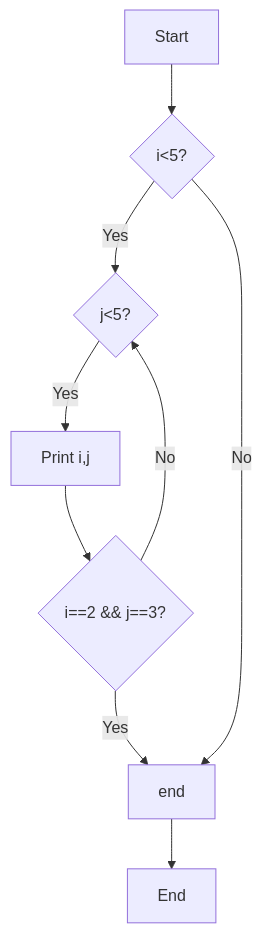
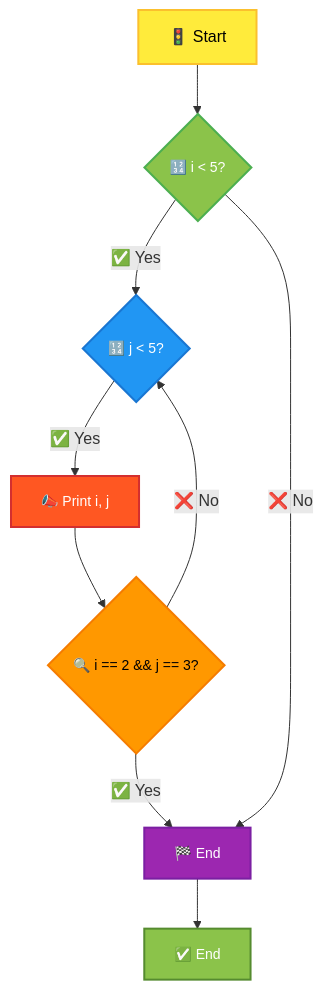
Diagram 17 of 18 in _posts/2024-11-28-c-control-statements-decision-making.md (infoyouth/infoyouth.github.io), drawn with Mermaid before and after one commit. The commit also changed other lines of this file, not shown here.

````diff
--- a/_posts/2024-11-28-c-control-statements-decision-making.md
+++ b/_posts/2024-11-28-c-control-statements-decision-making.md
@@ -1724,11 +1972,20 @@
 ```mermaid
 graph TD
-A[Start] --> B{i<5?};
-B -- Yes --> C{j<5?};
-C -- Yes --> D[Print i,j];
-D --> E{i==2 && j==3?};
-E -- Yes --> F[goto end];
-E -- No --> C;
-B -- No --> F;
-F[end] --> G[End];
+    A[🚦 Start] --> B{🔢 i < 5?};
+    B -- ✅ Yes --> C{🔢 j < 5?};
+    C -- ✅ Yes --> D[📣 Print i, j];
+    D --> E{🔍 i == 2 && j == 3?};
+    E -- ✅ Yes --> F[⛔ Goto End];
+    E -- ❌ No --> C;
+    B -- ❌ No --> F;
+    F[🏁 End] --> G[✅ End];
+
+    style A fill:#FFEB3B,stroke:#FBC02D,stroke-width:2px,color:#000000,font-size:16px
+    style B fill:#8BC34A,stroke:#4CAF50,stroke-width:2px,color:#FFFFFF,font-size:14px
+    style C fill:#2196F3,stroke:#1976D2,stroke-width:2px,color:#FFFFFF,font-size:14px
+    style D fill:#FF5722,stroke:#D32F2F,stroke-width:2px,color:#FFFFFF,font-size:14px
+    style E fill:#FF9800,stroke:#F57C00,stroke-width:2px,color:#000000,font-size:14px
+    style F fill:#9C27B0,stroke:#7B1FA2,stroke-width:2px,color:#FFFFFF,font-size:14px
+    style G fill:#8BC34A,stroke:#558B2F,stroke-width:2px,color:#FFFFFF,font-size:14px
+
 ```
````
